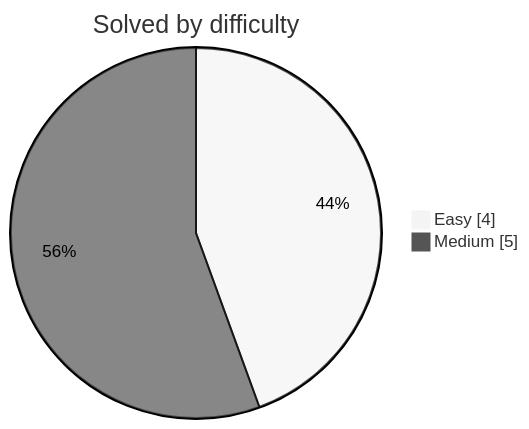
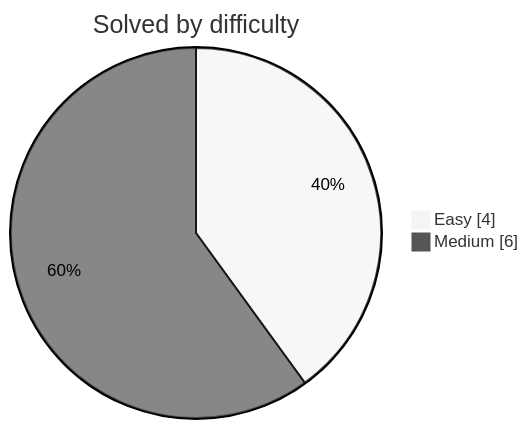
The diagram in README.md (DwijeshD/leetcode-solutions), drawn with Mermaid (neutral theme) before and after one commit. The commit also changed other lines of this file and 2 other files, not shown here.

````diff
--- a/README.md
+++ b/README.md
@@ -31,6 +31,6 @@
 ```mermaid
 pie showData
     title Solved by difficulty
     "Easy" : 4
-    "Medium" : 5
+    "Medium" : 6
 ```
````
